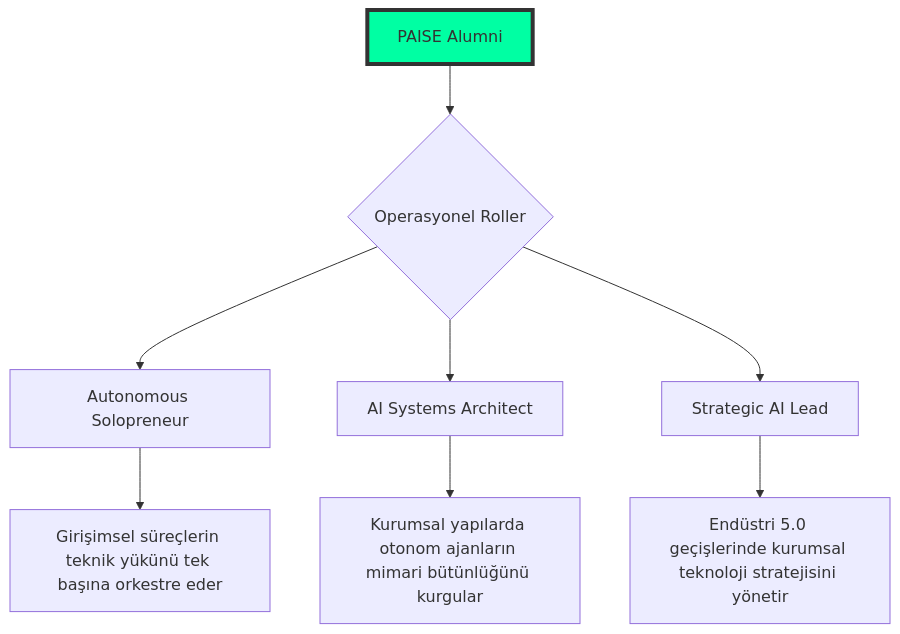
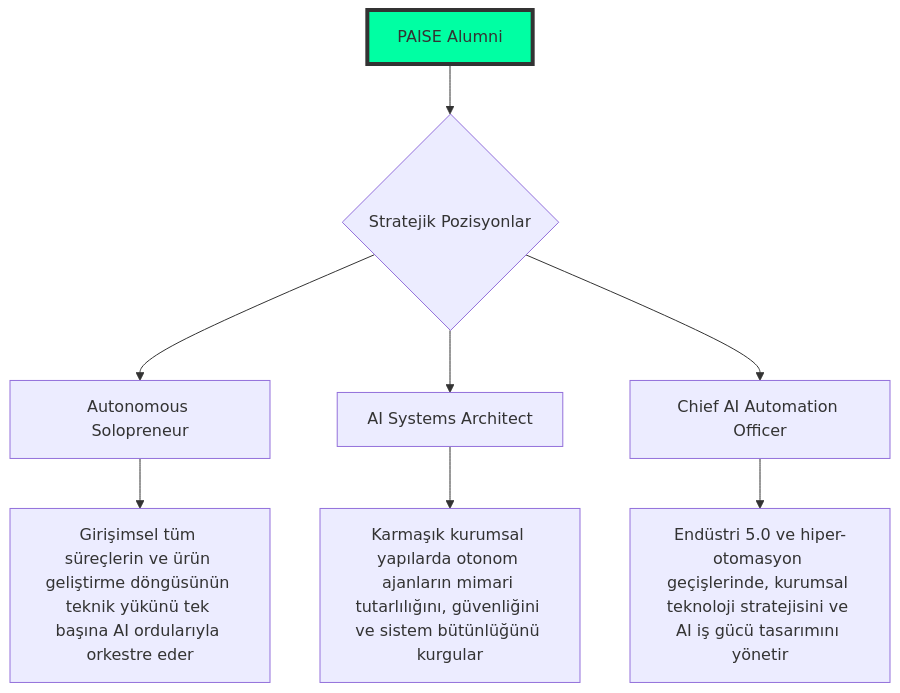
The diagram in README.md (arch-yunus/post-ai-swe), drawn with Mermaid before and after one commit. The commit also changed other lines of this file, not shown here.

````diff
--- a/README.md
+++ b/README.md
@@ -104,11 +94,11 @@
 ```mermaid
 graph TD
-    A[PAISE Alumni] --> B{Operasyonel Roller}
+    A[PAISE Alumni] --> B{Stratejik Pozisyonlar}
     B --> C[Autonomous Solopreneur]
     B --> D[AI Systems Architect]
-    B --> E[Strategic AI Lead]
-    C --> F[Girişimsel süreçlerin teknik yükünü tek başına orkestre eder]
-    D --> G[Kurumsal yapılarda otonom ajanların mimari bütünlüğünü kurgular]
-    E --> H[Endüstri 5.0 geçişlerinde kurumsal teknoloji stratejisini yönetir]
+    B --> E[Chief AI Automation Officer]
+    C --> F[Girişimsel tüm süreçlerin ve ürün geliştirme döngüsünün teknik yükünü tek başına AI ordularıyla orkestre eder]
+    D --> G[Karmaşık kurumsal yapılarda otonom ajanların mimari tutarlılığını, güvenliğini ve sistem bütünlüğünü kurgular]
+    E --> H[Endüstri 5.0 ve hiper-otomasyon geçişlerinde, kurumsal teknoloji stratejisini ve AI iş gücü tasarımını yönetir]
     style A fill:#00FFA3,stroke:#333,stroke-width:4px
 ```
````
